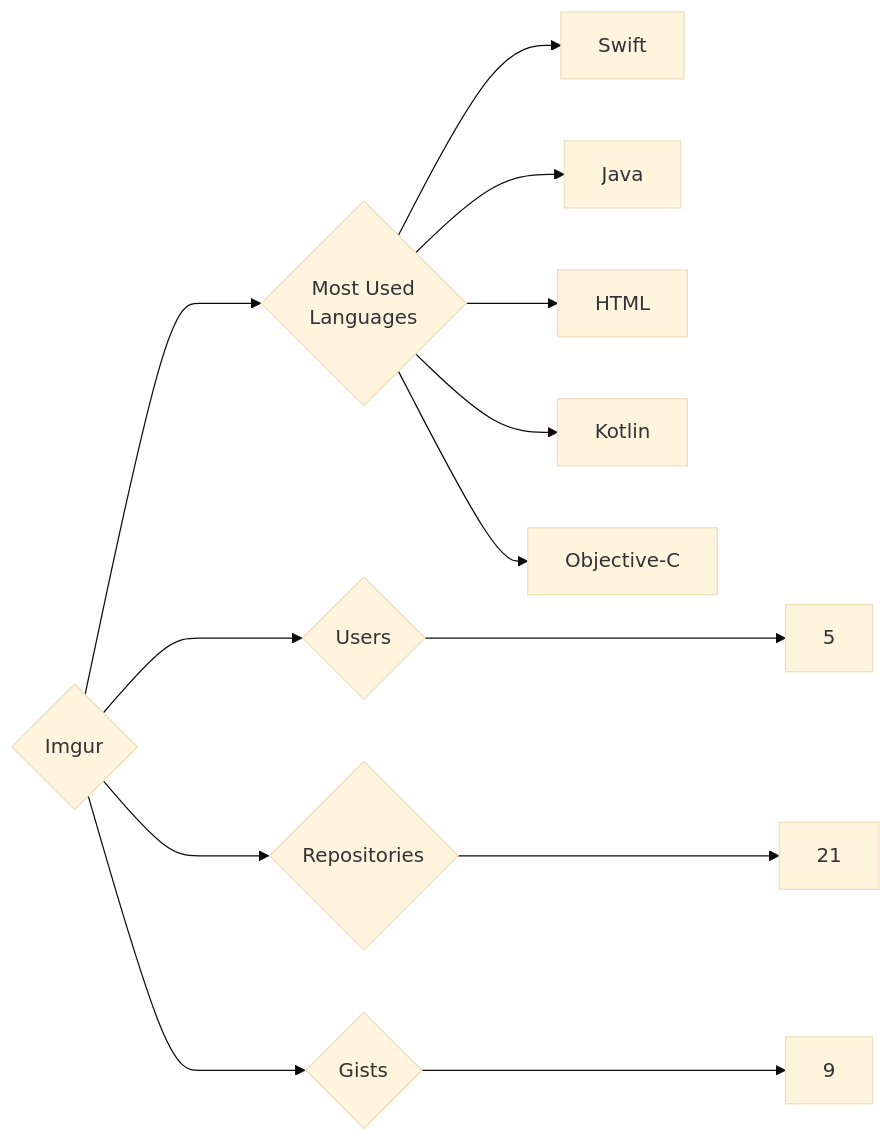
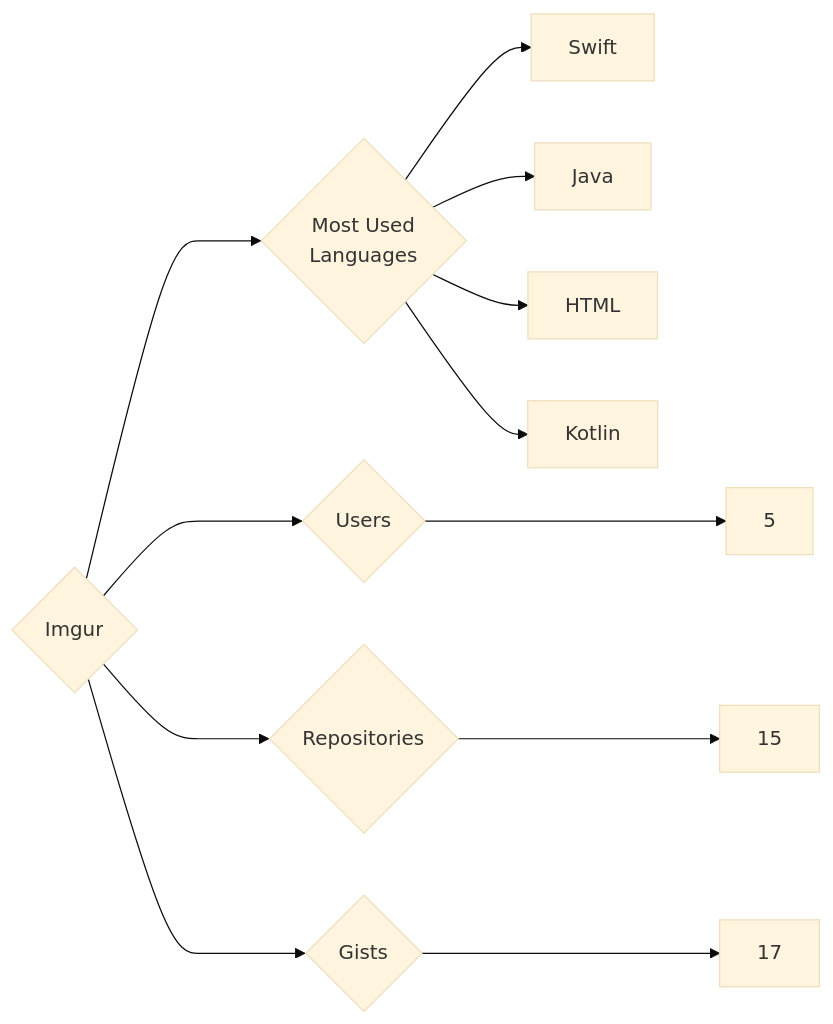
One commit to trickest/insiders changed the diagram in targets/Imgur/README.md. Above: the diagram before and after it, drawn with Mermaid (base theme). The commit also changed 823 other files, not shown here.

````diff
--- a/targets/Imgur/README.md
+++ b/targets/Imgur/README.md
@@ -3,13 +3,12 @@
 ```mermaid
 graph LR
 COMPANY_NAME{Imgur}
 COMPANY_NAME ---> U{Users} ---> UN[5]
-COMPANY_NAME ---> R{Repositories} ---> RN[21]
-COMPANY_NAME ---> G{Gists} ---> GN[9]
+COMPANY_NAME ---> R{Repositories} ---> RN[15]
+COMPANY_NAME ---> G{Gists} ---> GN[17]
 COMPANY_NAME ---> ML{Most Used<br>Languages}
 ML --> Swift[Swift]
 ML --> Java[Java]
 ML --> HTML[HTML]
 ML --> Kotlin[Kotlin]
-ML --> Objective-C[Objective-C]
 ```
````
